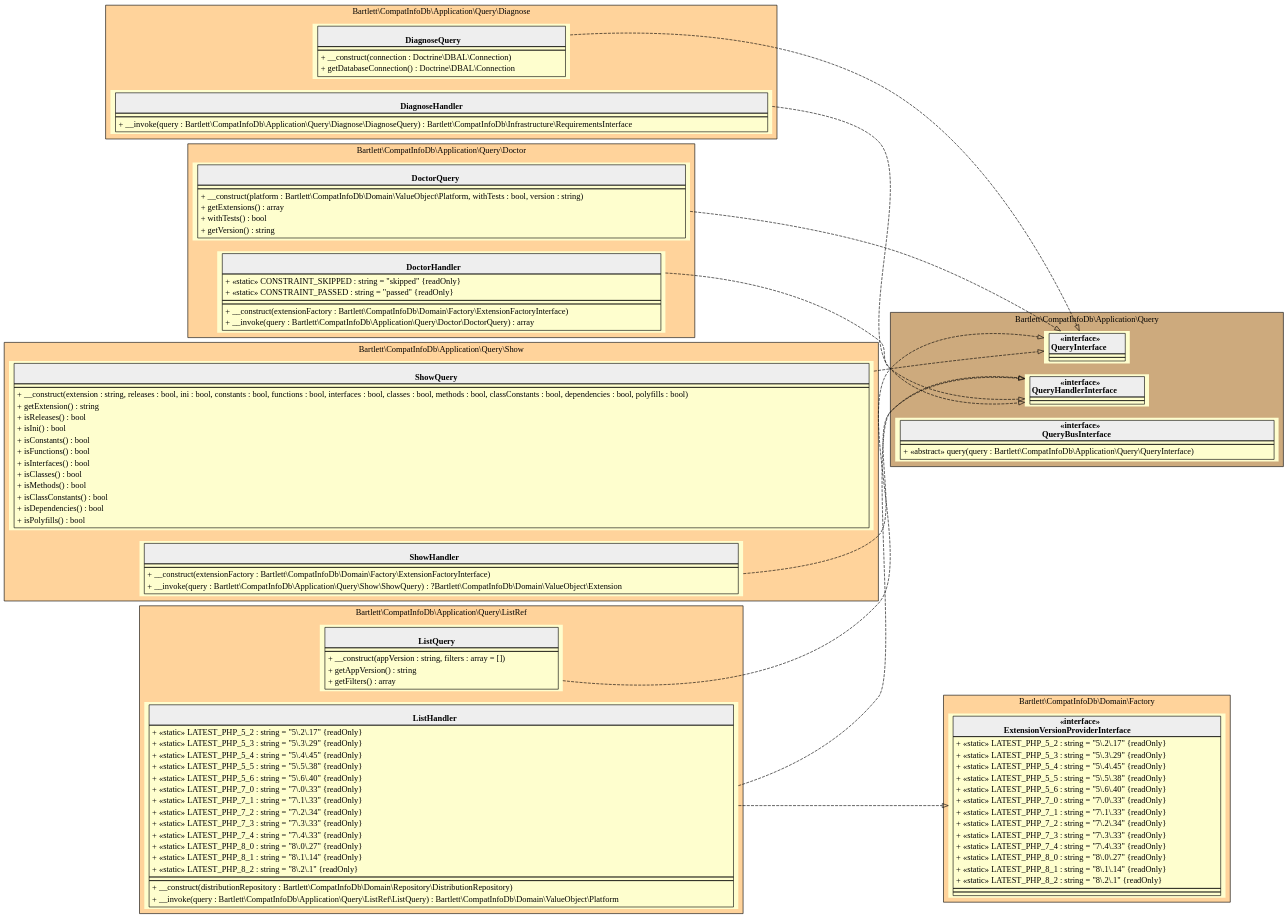
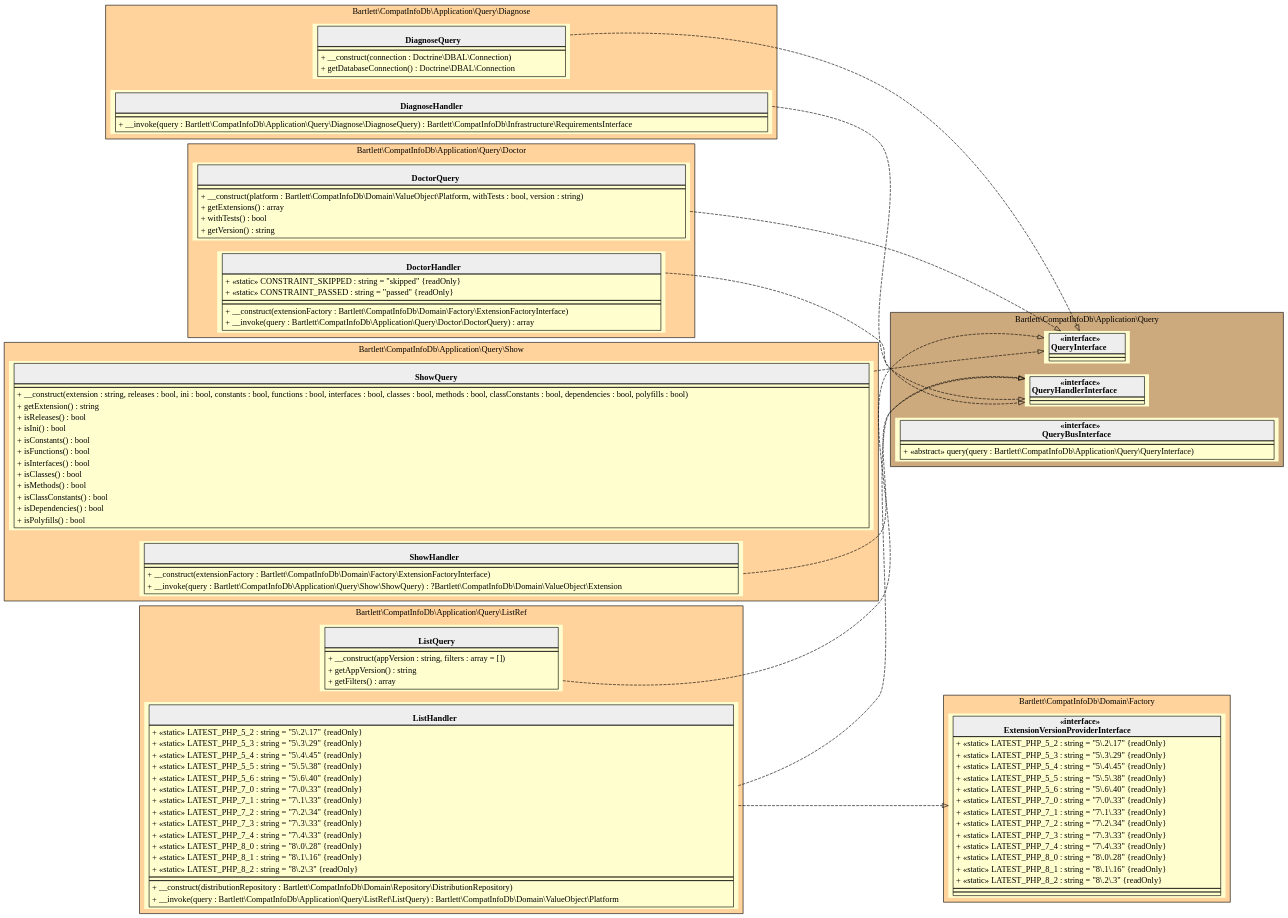
One commit to llaville/php-compatinfo-db changed the diagram in 5.x/assets/images/application-query.html.gv. Above: the diagram before and after it, drawn with Graphviz. The commit also changed 38 other files, not shown here.

```diff
--- a/5.x/assets/images/application-query.html.gv
+++ b/5.x/assets/images/application-query.html.gv
@@ -1,181 +1,181 @@
 digraph {
   graph [rankdir="LR" bgcolor="transparent"]
   node [fillcolor="#FEFECE" style="filled"]
   subgraph cluster_0 {
     graph [bgcolor="burlywood1"]
     label = "Bartlett\\CompatInfoDb\\Application\\Query\\Diagnose"
     "Bartlett\\CompatInfoDb\\Application\\Query\\Diagnose\\DiagnoseQuery" [shape="none" label=<
 <table cellspacing="0" border="0" cellborder="1">
     <tr><td bgcolor="#eeeeee"><b><br/>DiagnoseQuery</b></td></tr>
     <tr><td></td></tr>
     <tr><td><table border="0" cellspacing="0" cellpadding="2">
     <tr><td align="left">+ __construct(connection : Doctrine\\DBAL\\Connection)</td></tr>
     <tr><td align="left">+ getDatabaseConnection() : Doctrine\\DBAL\\Connection</td></tr>
 </table></td></tr>
 </table>>]
     "Bartlett\\CompatInfoDb\\Application\\Query\\Diagnose\\DiagnoseHandler" [shape="none" label=<
 <table cellspacing="0" border="0" cellborder="1">
     <tr><td bgcolor="#eeeeee"><b><br/>DiagnoseHandler</b></td></tr>
     <tr><td></td></tr>
     <tr><td><table border="0" cellspacing="0" cellpadding="2">
     <tr><td align="left">+ __invoke(query : Bartlett\\CompatInfoDb\\Application\\Query\\Diagnose\\DiagnoseQuery) : Bartlett\\CompatInfoDb\\Infrastructure\\RequirementsInterface</td></tr>
 </table></td></tr>
 </table>>]
   }
   subgraph cluster_1 {
     graph [bgcolor="burlywood3"]
     label = "Bartlett\\CompatInfoDb\\Application\\Query"
     "Bartlett\\CompatInfoDb\\Application\\Query\\QueryInterface" [shape="none" label=<
 <table cellspacing="0" border="0" cellborder="1">
     <tr><td bgcolor="#eeeeee"><b>«interface»<br/>QueryInterface</b></td></tr>
     <tr><td></td></tr>
     <tr><td></td></tr>
 </table>>]
     "Bartlett\\CompatInfoDb\\Application\\Query\\QueryHandlerInterface" [shape="none" label=<
 <table cellspacing="0" border="0" cellborder="1">
     <tr><td bgcolor="#eeeeee"><b>«interface»<br/>QueryHandlerInterface</b></td></tr>
     <tr><td></td></tr>
     <tr><td></td></tr>
 </table>>]
     "Bartlett\\CompatInfoDb\\Application\\Query\\QueryBusInterface" [shape="none" label=<
 <table cellspacing="0" border="0" cellborder="1">
     <tr><td bgcolor="#eeeeee"><b>«interface»<br/>QueryBusInterface</b></td></tr>
     <tr><td></td></tr>
     <tr><td><table border="0" cellspacing="0" cellpadding="2">
     <tr><td align="left">+ «abstract» query(query : Bartlett\\CompatInfoDb\\Application\\Query\\QueryInterface)</td></tr>
 </table></td></tr>
 </table>>]
   }
   subgraph cluster_2 {
     graph [bgcolor="burlywood1"]
     label = "Bartlett\\CompatInfoDb\\Application\\Query\\Doctor"
     "Bartlett\\CompatInfoDb\\Application\\Query\\Doctor\\DoctorQuery" [shape="none" label=<
 <table cellspacing="0" border="0" cellborder="1">
     <tr><td bgcolor="#eeeeee"><b><br/>DoctorQuery</b></td></tr>
     <tr><td></td></tr>
     <tr><td><table border="0" cellspacing="0" cellpadding="2">
     <tr><td align="left">+ __construct(platform : Bartlett\\CompatInfoDb\\Domain\\ValueObject\\Platform, withTests : bool, version : string)</td></tr>
     <tr><td align="left">+ getExtensions() : array</td></tr>
     <tr><td align="left">+ withTests() : bool</td></tr>
     <tr><td align="left">+ getVersion() : string</td></tr>
 </table></td></tr>
 </table>>]
     "Bartlett\\CompatInfoDb\\Application\\Query\\Doctor\\DoctorHandler" [shape="none" label=<
 <table cellspacing="0" border="0" cellborder="1">
     <tr><td bgcolor="#eeeeee"><b><br/>DoctorHandler</b></td></tr>
     <tr><td><table border="0" cellspacing="0" cellpadding="2">
     <tr><td align="left">+ «static» CONSTRAINT_SKIPPED : string = "skipped" {readOnly}</td></tr>
     <tr><td align="left">+ «static» CONSTRAINT_PASSED : string = "passed" {readOnly}</td></tr>
 </table></td></tr>
     <tr><td></td></tr>
     <tr><td><table border="0" cellspacing="0" cellpadding="2">
     <tr><td align="left">+ __construct(extensionFactory : Bartlett\\CompatInfoDb\\Domain\\Factory\\ExtensionFactoryInterface)</td></tr>
     <tr><td align="left">+ __invoke(query : Bartlett\\CompatInfoDb\\Application\\Query\\Doctor\\DoctorQuery) : array</td></tr>
 </table></td></tr>
 </table>>]
   }
   subgraph cluster_3 {
     graph [bgcolor="burlywood1"]
     label = "Bartlett\\CompatInfoDb\\Application\\Query\\ListRef"
     "Bartlett\\CompatInfoDb\\Application\\Query\\ListRef\\ListQuery" [shape="none" label=<
 <table cellspacing="0" border="0" cellborder="1">
     <tr><td bgcolor="#eeeeee"><b><br/>ListQuery</b></td></tr>
     <tr><td></td></tr>
     <tr><td><table border="0" cellspacing="0" cellpadding="2">
     <tr><td align="left">+ __construct(appVersion : string, filters : array = [])</td></tr>
     <tr><td align="left">+ getAppVersion() : string</td></tr>
     <tr><td align="left">+ getFilters() : array</td></tr>
 </table></td></tr>
 </table>>]
     "Bartlett\\CompatInfoDb\\Application\\Query\\ListRef\\ListHandler" [shape="none" label=<
 <table cellspacing="0" border="0" cellborder="1">
     <tr><td bgcolor="#eeeeee"><b><br/>ListHandler</b></td></tr>
     <tr><td><table border="0" cellspacing="0" cellpadding="2">
     <tr><td align="left">+ «static» LATEST_PHP_5_2 : string = "5\.2\.17" {readOnly}</td></tr>
     <tr><td align="left">+ «static» LATEST_PHP_5_3 : string = "5\.3\.29" {readOnly}</td></tr>
     <tr><td align="left">+ «static» LATEST_PHP_5_4 : string = "5\.4\.45" {readOnly}</td></tr>
     <tr><td align="left">+ «static» LATEST_PHP_5_5 : string = "5\.5\.38" {readOnly}</td></tr>
     <tr><td align="left">+ «static» LATEST_PHP_5_6 : string = "5\.6\.40" {readOnly}</td></tr>
     <tr><td align="left">+ «static» LATEST_PHP_7_0 : string = "7\.0\.33" {readOnly}</td></tr>
     <tr><td align="left">+ «static» LATEST_PHP_7_1 : string = "7\.1\.33" {readOnly}</td></tr>
     <tr><td align="left">+ «static» LATEST_PHP_7_2 : string = "7\.2\.34" {readOnly}</td></tr>
     <tr><td align="left">+ «static» LATEST_PHP_7_3 : string = "7\.3\.33" {readOnly}</td></tr>
     <tr><td align="left">+ «static» LATEST_PHP_7_4 : string = "7\.4\.33" {readOnly}</td></tr>
-    <tr><td align="left">+ «static» LATEST_PHP_8_0 : string = "8\.0\.27" {readOnly}</td></tr>
-    <tr><td align="left">+ «static» LATEST_PHP_8_1 : string = "8\.1\.14" {readOnly}</td></tr>
-    <tr><td align="left">+ «static» LATEST_PHP_8_2 : string = "8\.2\.1" {readOnly}</td></tr>
+    <tr><td align="left">+ «static» LATEST_PHP_8_0 : string = "8\.0\.28" {readOnly}</td></tr>
+    <tr><td align="left">+ «static» LATEST_PHP_8_1 : string = "8\.1\.16" {readOnly}</td></tr>
+    <tr><td align="left">+ «static» LATEST_PHP_8_2 : string = "8\.2\.3" {readOnly}</td></tr>
 </table></td></tr>
     <tr><td></td></tr>
     <tr><td><table border="0" cellspacing="0" cellpadding="2">
     <tr><td align="left">+ __construct(distributionRepository : Bartlett\\CompatInfoDb\\Domain\\Repository\\DistributionRepository)</td></tr>
     <tr><td align="left">+ __invoke(query : Bartlett\\CompatInfoDb\\Application\\Query\\ListRef\\ListQuery) : Bartlett\\CompatInfoDb\\Domain\\ValueObject\\Platform</td></tr>
 </table></td></tr>
 </table>>]
   }
   subgraph cluster_4 {
     graph [bgcolor="burlywood1"]
     label = "Bartlett\\CompatInfoDb\\Domain\\Factory"
     "Bartlett\\CompatInfoDb\\Domain\\Factory\\ExtensionVersionProviderInterface" [shape="none" label=<
 <table cellspacing="0" border="0" cellborder="1">
     <tr><td bgcolor="#eeeeee"><b>«interface»<br/>ExtensionVersionProviderInterface</b></td></tr>
     <tr><td><table border="0" cellspacing="0" cellpadding="2">
     <tr><td align="left">+ «static» LATEST_PHP_5_2 : string = "5\.2\.17" {readOnly}</td></tr>
     <tr><td align="left">+ «static» LATEST_PHP_5_3 : string = "5\.3\.29" {readOnly}</td></tr>
     <tr><td align="left">+ «static» LATEST_PHP_5_4 : string = "5\.4\.45" {readOnly}</td></tr>
     <tr><td align="left">+ «static» LATEST_PHP_5_5 : string = "5\.5\.38" {readOnly}</td></tr>
     <tr><td align="left">+ «static» LATEST_PHP_5_6 : string = "5\.6\.40" {readOnly}</td></tr>
     <tr><td align="left">+ «static» LATEST_PHP_7_0 : string = "7\.0\.33" {readOnly}</td></tr>
     <tr><td align="left">+ «static» LATEST_PHP_7_1 : string = "7\.1\.33" {readOnly}</td></tr>
     <tr><td align="left">+ «static» LATEST_PHP_7_2 : string = "7\.2\.34" {readOnly}</td></tr>
     <tr><td align="left">+ «static» LATEST_PHP_7_3 : string = "7\.3\.33" {readOnly}</td></tr>
     <tr><td align="left">+ «static» LATEST_PHP_7_4 : string = "7\.4\.33" {readOnly}</td></tr>
-    <tr><td align="left">+ «static» LATEST_PHP_8_0 : string = "8\.0\.27" {readOnly}</td></tr>
-    <tr><td align="left">+ «static» LATEST_PHP_8_1 : string = "8\.1\.14" {readOnly}</td></tr>
-    <tr><td align="left">+ «static» LATEST_PHP_8_2 : string = "8\.2\.1" {readOnly}</td></tr>
+    <tr><td align="left">+ «static» LATEST_PHP_8_0 : string = "8\.0\.28" {readOnly}</td></tr>
+    <tr><td align="left">+ «static» LATEST_PHP_8_1 : string = "8\.1\.16" {readOnly}</td></tr>
+    <tr><td align="left">+ «static» LATEST_PHP_8_2 : string = "8\.2\.3" {readOnly}</td></tr>
 </table></td></tr>
     <tr><td></td></tr>
     <tr><td></td></tr>
 </table>>]
   }
   subgraph cluster_5 {
     graph [bgcolor="burlywood1"]
     label = "Bartlett\\CompatInfoDb\\Application\\Query\\Show"
     "Bartlett\\CompatInfoDb\\Application\\Query\\Show\\ShowQuery" [shape="none" label=<
 <table cellspacing="0" border="0" cellborder="1">
     <tr><td bgcolor="#eeeeee"><b><br/>ShowQuery</b></td></tr>
     <tr><td></td></tr>
     <tr><td><table border="0" cellspacing="0" cellpadding="2">
     <tr><td align="left">+ __construct(extension : string, releases : bool, ini : bool, constants : bool, functions : bool, interfaces : bool, classes : bool, methods : bool, classConstants : bool, dependencies : bool, polyfills : bool)</td></tr>
     <tr><td align="left">+ getExtension() : string</td></tr>
     <tr><td align="left">+ isReleases() : bool</td></tr>
     <tr><td align="left">+ isIni() : bool</td></tr>
     <tr><td align="left">+ isConstants() : bool</td></tr>
     <tr><td align="left">+ isFunctions() : bool</td></tr>
     <tr><td align="left">+ isInterfaces() : bool</td></tr>
     <tr><td align="left">+ isClasses() : bool</td></tr>
     <tr><td align="left">+ isMethods() : bool</td></tr>
     <tr><td align="left">+ isClassConstants() : bool</td></tr>
     <tr><td align="left">+ isDependencies() : bool</td></tr>
     <tr><td align="left">+ isPolyfills() : bool</td></tr>
 </table></td></tr>
 </table>>]
     "Bartlett\\CompatInfoDb\\Application\\Query\\Show\\ShowHandler" [shape="none" label=<
 <table cellspacing="0" border="0" cellborder="1">
     <tr><td bgcolor="#eeeeee"><b><br/>ShowHandler</b></td></tr>
     <tr><td></td></tr>
     <tr><td><table border="0" cellspacing="0" cellpadding="2">
     <tr><td align="left">+ __construct(extensionFactory : Bartlett\\CompatInfoDb\\Domain\\Factory\\ExtensionFactoryInterface)</td></tr>
     <tr><td align="left">+ __invoke(query : Bartlett\\CompatInfoDb\\Application\\Query\\Show\\ShowQuery) : ?Bartlett\\CompatInfoDb\\Domain\\ValueObject\\Extension</td></tr>
 </table></td></tr>
 </table>>]
   }
   "Bartlett\\CompatInfoDb\\Application\\Query\\Diagnose\\DiagnoseQuery" -> "Bartlett\\CompatInfoDb\\Application\\Query\\QueryInterface" [arrowhead="empty" style="dashed"]
   "Bartlett\\CompatInfoDb\\Application\\Query\\Diagnose\\DiagnoseHandler" -> "Bartlett\\CompatInfoDb\\Application\\Query\\QueryHandlerInterface" [arrowhead="empty" style="dashed"]
   "Bartlett\\CompatInfoDb\\Application\\Query\\Doctor\\DoctorQuery" -> "Bartlett\\CompatInfoDb\\Application\\Query\\QueryInterface" [arrowhead="empty" style="dashed"]
   "Bartlett\\CompatInfoDb\\Application\\Query\\Doctor\\DoctorHandler" -> "Bartlett\\CompatInfoDb\\Application\\Query\\QueryHandlerInterface" [arrowhead="empty" style="dashed"]
   "Bartlett\\CompatInfoDb\\Application\\Query\\ListRef\\ListQuery" -> "Bartlett\\CompatInfoDb\\Application\\Query\\QueryInterface" [arrowhead="empty" style="dashed"]
   "Bartlett\\CompatInfoDb\\Application\\Query\\ListRef\\ListHandler" -> "Bartlett\\CompatInfoDb\\Application\\Query\\QueryHandlerInterface" [arrowhead="empty" style="dashed"]
   "Bartlett\\CompatInfoDb\\Application\\Query\\ListRef\\ListHandler" -> "Bartlett\\CompatInfoDb\\Domain\\Factory\\ExtensionVersionProviderInterface" [arrowhead="empty" style="dashed"]
   "Bartlett\\CompatInfoDb\\Application\\Query\\Show\\ShowQuery" -> "Bartlett\\CompatInfoDb\\Application\\Query\\QueryInterface" [arrowhead="empty" style="dashed"]
   "Bartlett\\CompatInfoDb\\Application\\Query\\Show\\ShowHandler" -> "Bartlett\\CompatInfoDb\\Application\\Query\\QueryHandlerInterface" [arrowhead="empty" style="dashed"]
 }
```
